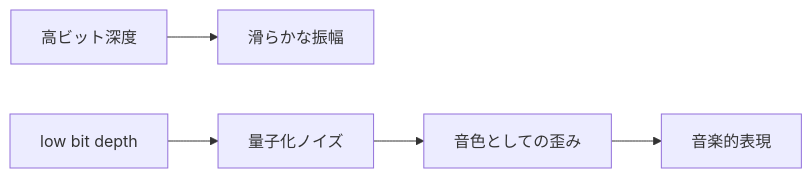
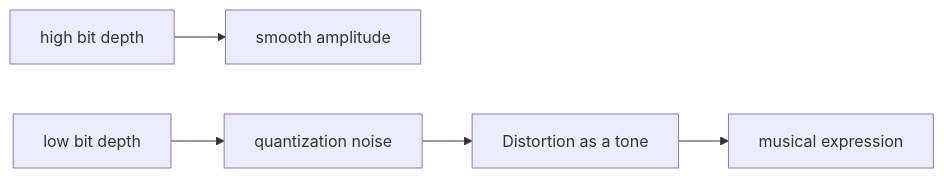
One commit to monumental-movement/monumental-movement.github.io changed the second of 2 diagrams in en/_posts/2026-01-16-column-bit-crush-low-bit.md. Above: the diagram before and after it, drawn with Mermaid. The commit also changed other lines of this file and 445 other files, not shown here.

```diff
--- a/en/_posts/2026-01-16-column-bit-crush-low-bit.md
+++ b/en/_posts/2026-01-16-column-bit-crush-low-bit.md
@@ -218,7 +218,7 @@
 <div class="mermaid">
 flowchart LR
-    A[高ビット深度] --> B[滑らかな振幅]
-    C[low bit depth] --> D[量子化ノイズ]
-    D --> E[音色としての歪み]
-    E --> F[音楽的表現]
+    A[high bit depth] --> B[smooth amplitude]
+    C[low bit depth] --> D[quantization noise]
+    D --> E[Distortion as a tone]
+    E --> F[musical expression]
 </div>
```
